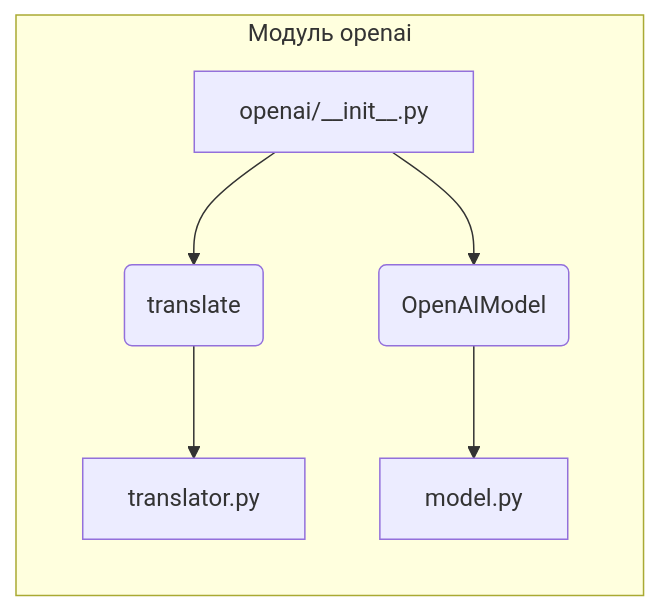
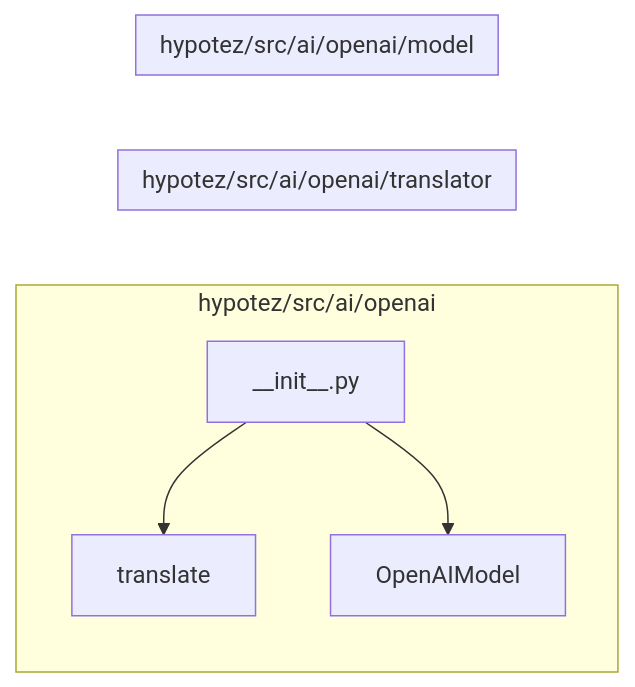
Before and after one commit to hypo69/hypo: the diagram in docs/gemini/ru/explainer/src/ai/openai/__init__.md, drawn with Mermaid. The commit also changed other lines of this file and 877 other files, not shown here.

````diff
--- a/docs/gemini/ru/explainer/src/ai/openai/__init__.md
+++ b/docs/gemini/ru/explainer/src/ai/openai/__init__.md
@@ -42,9 +30,13 @@
 ```mermaid
 graph LR
-    subgraph Модуль openai
-        A[openai/__init__.py] --> B(translate);
+    subgraph "hypotez/src/ai/openai"
+        A[__init__.py] --> B(translate);
         A --> C(OpenAIModel);
-        B --> D[translator.py];
-        C --> E[model.py];
+    end
+    subgraph "hypotez/src/ai/openai/translator"
+        B[translate];
+    end
+    subgraph "hypotez/src/ai/openai/model"
+        C[OpenAIModel];
     end
 ```
````
